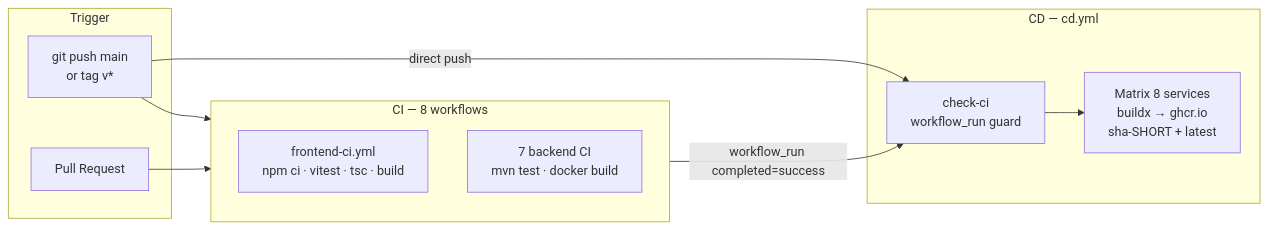
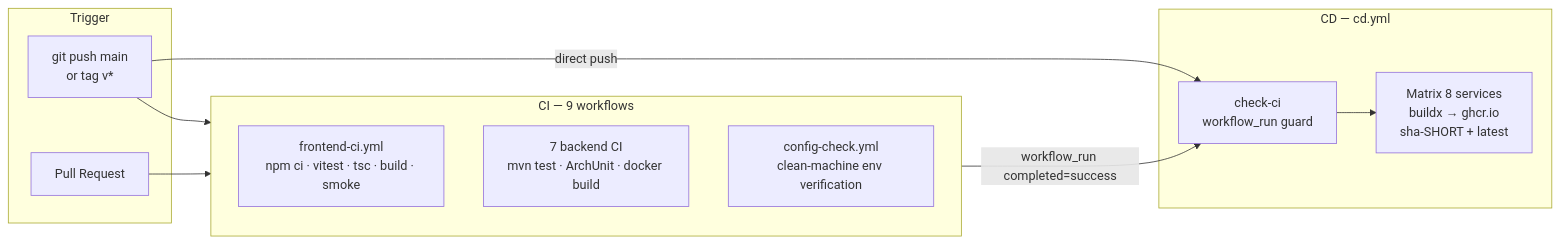
Before and after one commit to congtinh06/Nhom3_CNPM: the eighth of 8 diagrams in docs/ARCHITECTURE.md, drawn with Mermaid. The commit also changed 5 other files, not shown here.

````diff
--- a/docs/ARCHITECTURE.md
+++ b/docs/ARCHITECTURE.md
@@ -328,23 +328,24 @@
 ```mermaid
 flowchart LR
     subgraph Trigger["Trigger"]
         PUSH["git push main\nor tag v*"]
         PR["Pull Request"]
     end
 
-    subgraph CI["CI — 8 workflows"]
-        FE_CI["frontend-ci.yml\nnpm ci · vitest · tsc · build"]
-        BE_CI["7 backend CI\nmvn test · docker build"]
+    subgraph CI["CI — 9 workflows"]
+        FE_CI["frontend-ci.yml\nnpm ci · vitest · tsc · build · smoke"]
+        BE_CI["7 backend CI\nmvn test · ArchUnit · docker build"]
+        ENV_CI["config-check.yml\nclean-machine env verification"]
     end
 
     subgraph CD["CD — cd.yml"]
         GUARD["check-ci\nworkflow_run guard"]
         MATRIX["Matrix 8 services\nbuildx → ghcr.io\nsha-SHORT + latest"]
     end
 
     PUSH --> CI
     PR --> CI
     CI -->|"workflow_run completed=success"| GUARD
     PUSH -->|"direct push"| GUARD
     GUARD --> MATRIX
 ```
````
